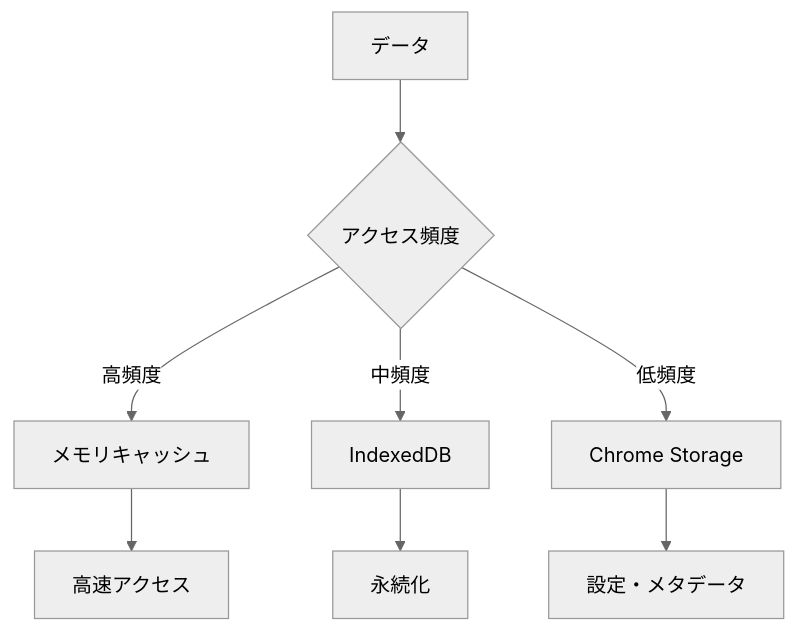
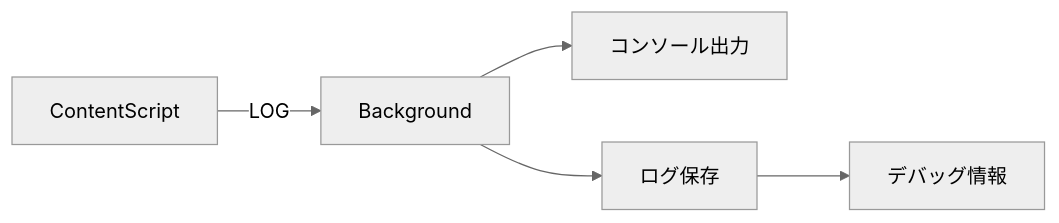
One commit to Hutaba-Makura/Comiketter changed diagram 14 of 14 in docs/data-flow-diagram.md. Above: the diagram before and after it, drawn with Mermaid (neutral theme). The commit also changed other lines of this file and 5 other files, not shown here.

Commit message:
feat: データフロー図とER図を更新し、全体のデータフローとデータベース設計を明確化しました。また、実装環境ドキュメントを整備し、プロジェクト構造を詳細に記述しました。

````diff
--- a/docs/data-flow-diagram.md
+++ b/docs/data-flow-diagram.md
@@ -265,11 +275,7 @@
 ```mermaid
-flowchart TD
-    A[データ] --> B{アクセス頻度}
-    B -->|高頻度| C[メモリキャッシュ]
-    B -->|中頻度| D[IndexedDB]
-    B -->|低頻度| E[Chrome Storage]
-    
-    C --> F[高速アクセス]
-    D --> G[永続化]
-    E --> H[設定・メタデータ]
+graph LR
+    A[ContentScript] -->|LOG| B[Background]
+    B --> C[コンソール出力]
+    B --> D[ログ保存]
+    D --> E[デバッグ情報]
 ```
````
